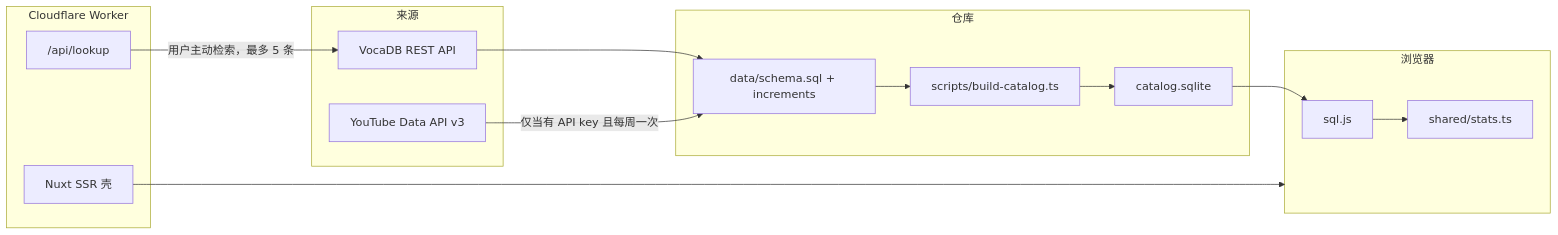
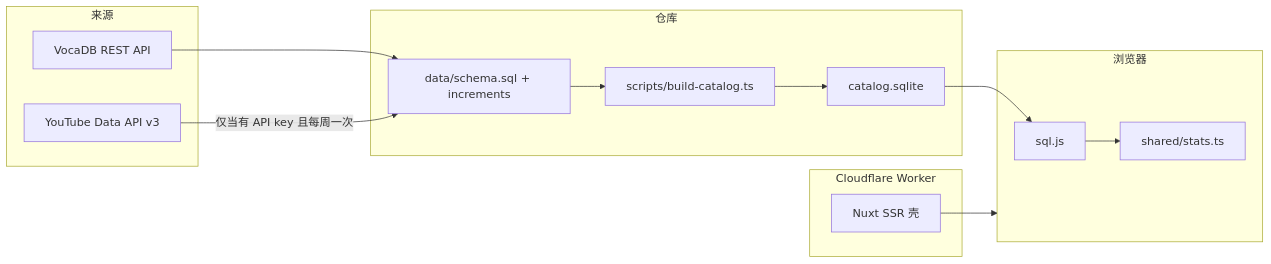
Before and after one commit to RJiazhen/miku-concert-stats: the diagram in docs/design.md, drawn with Mermaid. The commit also changed other lines of this file and 6 other files, not shown here.

````diff
--- a/docs/design.md
+++ b/docs/design.md
@@ -97,25 +96,23 @@
 ```mermaid
 flowchart LR
   subgraph sources [来源]
     VocaDB["VocaDB REST API"]
     YT["YouTube Data API v3"]
   end
   subgraph repo [仓库]
     SQL["data/schema.sql + increments"]
     Build["scripts/build-catalog.ts"]
     SQLite["catalog.sqlite"]
   end
   subgraph edge [Cloudflare Worker]
     SSR["Nuxt SSR 壳"]
-    Lookup["/api/lookup"]
   end
   subgraph browser [浏览器]
     Wasm["sql.js"]
     Stats["shared/stats.ts"]
   end
   VocaDB --> SQL
   YT -->|"仅当有 API key 且每周一次"| SQL
   SQL --> Build --> SQLite --> Wasm --> Stats
   SSR --> browser
-  Lookup -->|"用户主动检索，最多 5 条"| VocaDB
 ```
````
